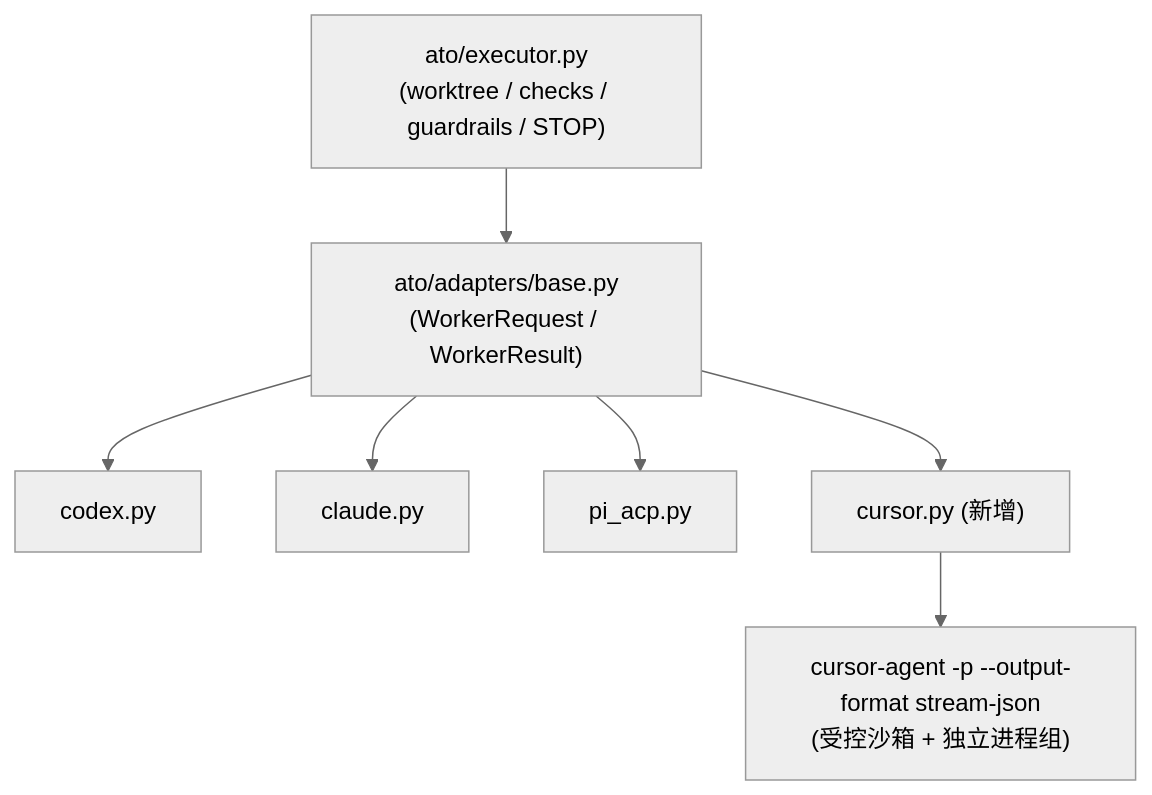
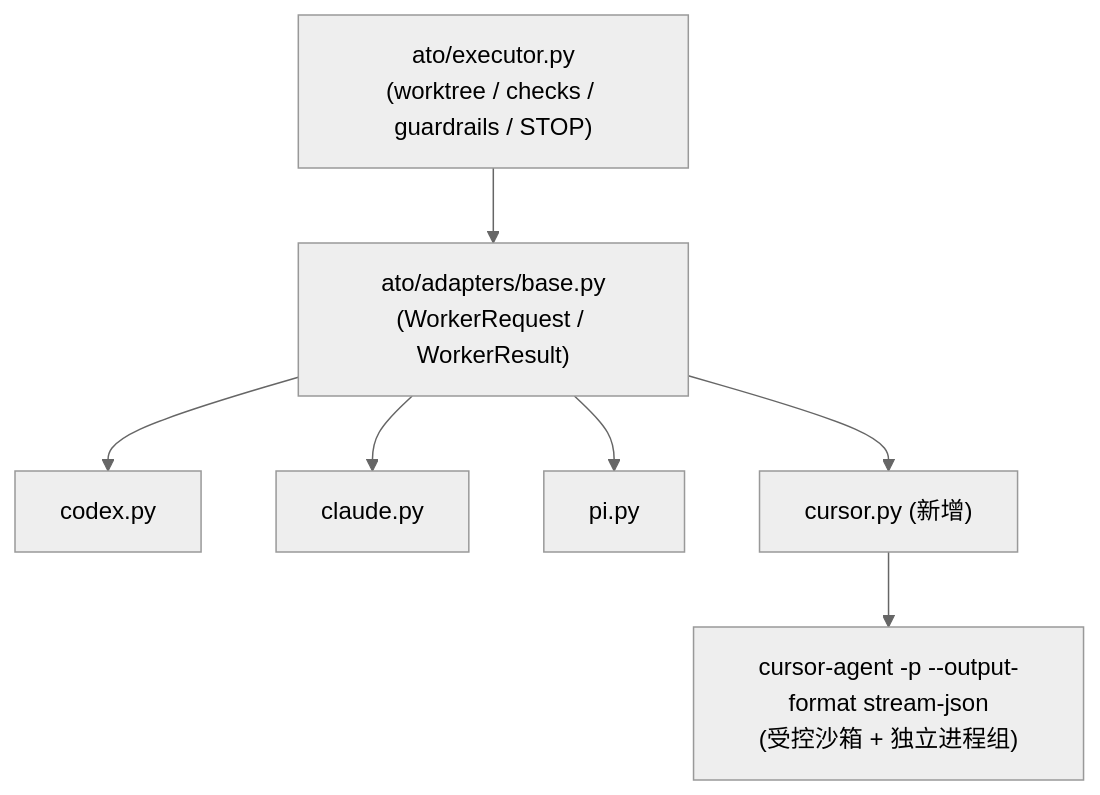
One commit to Aias00/agent-task-orchestrator changed the diagram in docs/cursor-agent-adaptation-design.md. Above: the diagram before and after it, drawn with Mermaid (neutral theme). The commit also changed 17 other files, not shown here.

````diff
--- a/docs/cursor-agent-adaptation-design.md
+++ b/docs/cursor-agent-adaptation-design.md
@@ -42,9 +42,9 @@
 ```mermaid
 flowchart TD
     EXEC["ato/executor.py\n(worktree / checks / guardrails / STOP)"] --> BASE["ato/adapters/base.py\n(WorkerRequest / WorkerResult)"]
     BASE --> CODEX["codex.py"]
     BASE --> CLAUDE["claude.py"]
-    BASE --> PI["pi_acp.py"]
+    BASE --> PI["pi.py"]
     BASE --> CURSOR["cursor.py (新增)"]
     CURSOR --> CLI["cursor-agent -p --output-format stream-json\n(受控沙箱 + 独立进程组)"]
 ```
````
